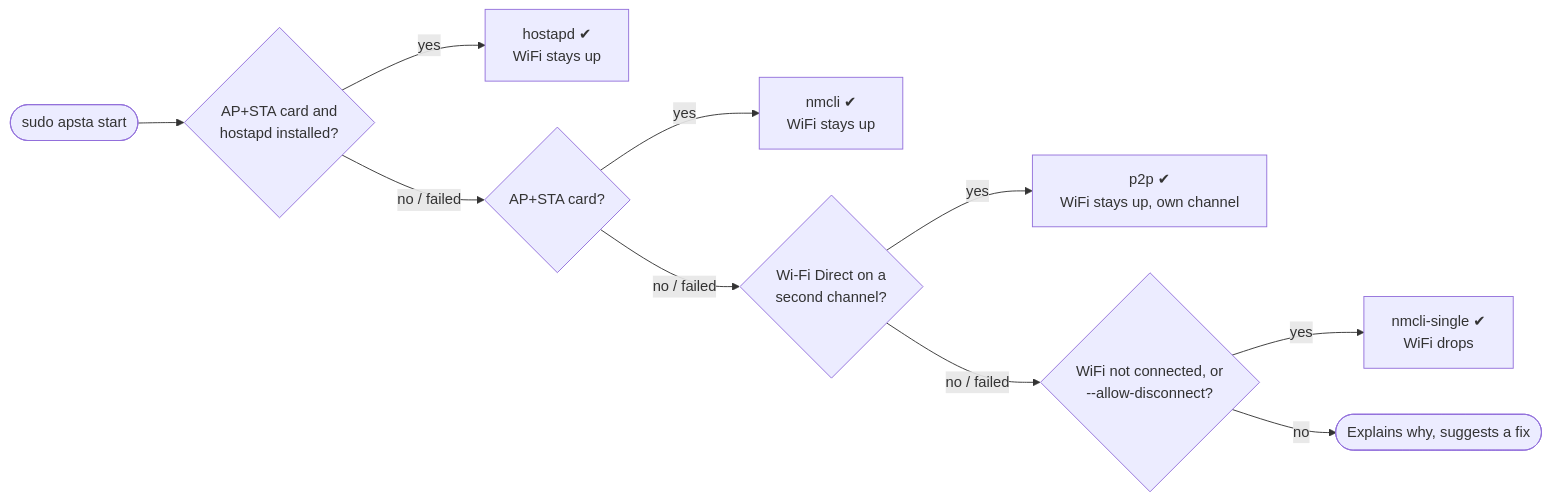
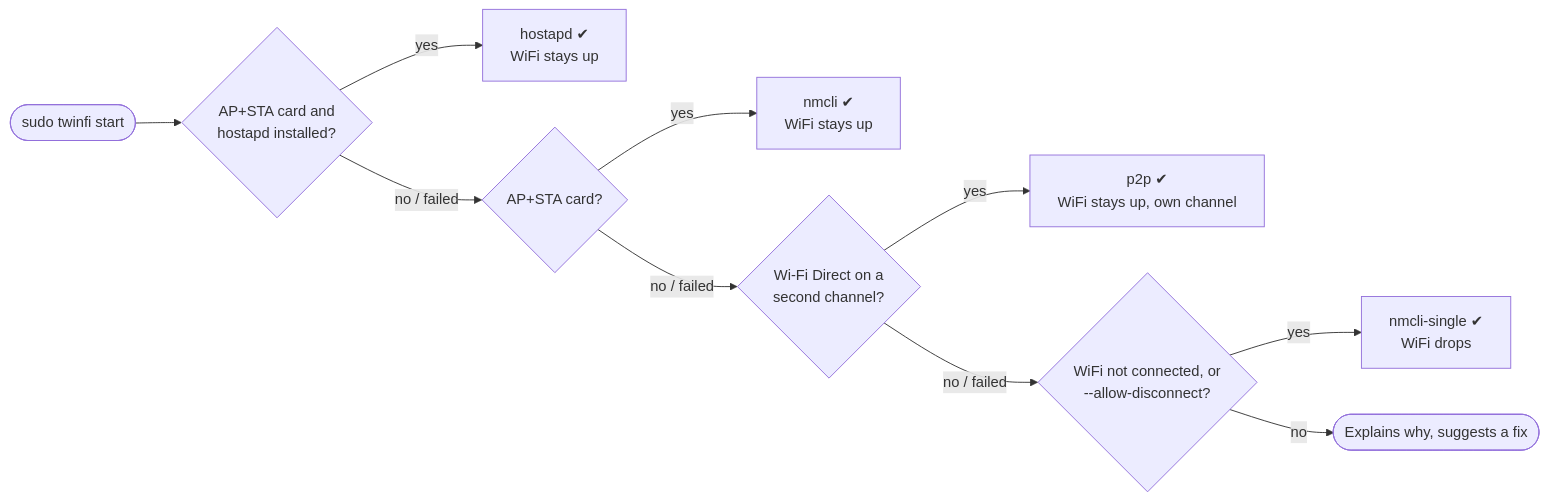
One commit to krotrn/apsta changed the diagram in README.md. Above: the diagram before and after it, drawn with Mermaid. The commit also changed other lines of this file and 204 other files, not shown here.

First line of the commit message:
feat!: rename apsta to twinfi

````diff
--- a/README.md
+++ b/README.md
@@ -302,12 +308,12 @@
 ```mermaid
 flowchart LR
-    S(["sudo apsta start"]) --> H{"AP+STA card and<br/>hostapd installed?"}
+    S(["sudo twinfi start"]) --> H{"AP+STA card and<br/>hostapd installed?"}
     H -- "yes" --> HA["hostapd ✔<br/>WiFi stays up"]
     H -- "no / failed" --> N{"AP+STA card?"}
     N -- "yes" --> NM["nmcli ✔<br/>WiFi stays up"]
     N -- "no / failed" --> P{"Wi-Fi Direct on a<br/>second channel?"}
     P -- "yes" --> PG["p2p ✔<br/>WiFi stays up, own channel"]
     P -- "no / failed" --> D{"WiFi not connected, or<br/>--allow-disconnect?"}
     D -- "yes" --> NS["nmcli-single ✔<br/>WiFi drops"]
     D -- "no" --> E(["Explains why, suggests a fix"])
 ```
````
